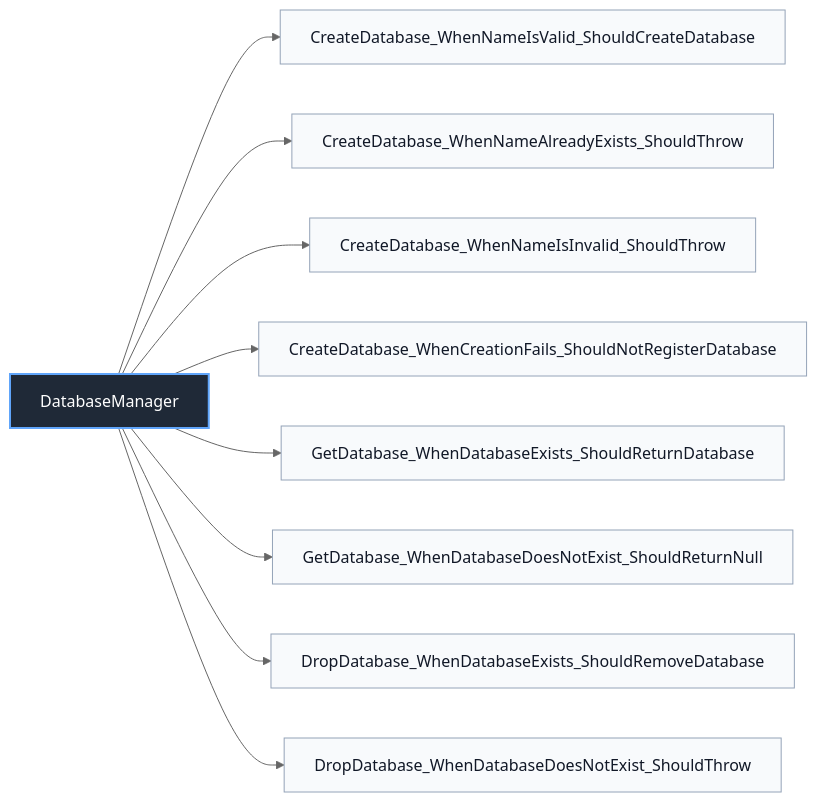
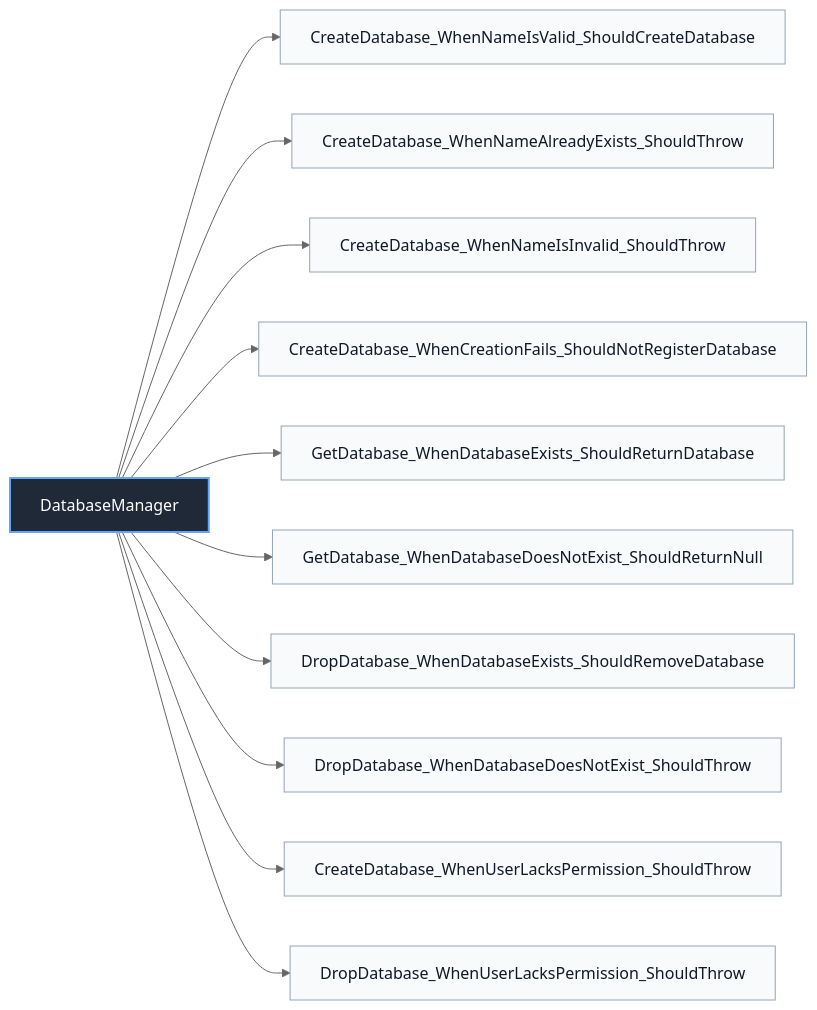
One commit to manaxpow/DBMS changed diagram 13 of 50 in README.md. Above: the diagram before and after it, drawn with Mermaid (neutral theme). The commit also changed other lines of this file and 1 other file, not shown here.

Commit message:
Add unit test implement plan

````diff
--- a/README.md
+++ b/README.md
@@ -631,18 +631,21 @@
 ```mermaid
 flowchart LR
     Database_Manager_DatabaseManager["DatabaseManager"]
 
     Database_Manager_DatabaseManager --> Database_Manager_DatabaseManager_T1["CreateDatabase_WhenNameIsValid_ShouldCreateDatabase"]
     Database_Manager_DatabaseManager --> Database_Manager_DatabaseManager_T2["CreateDatabase_WhenNameAlreadyExists_ShouldThrow"]
     Database_Manager_DatabaseManager --> Database_Manager_DatabaseManager_T3["CreateDatabase_WhenNameIsInvalid_ShouldThrow"]
     Database_Manager_DatabaseManager --> Database_Manager_DatabaseManager_T4["CreateDatabase_WhenCreationFails_ShouldNotRegisterDatabase"]
     Database_Manager_DatabaseManager --> Database_Manager_DatabaseManager_T5["GetDatabase_WhenDatabaseExists_ShouldReturnDatabase"]
     Database_Manager_DatabaseManager --> Database_Manager_DatabaseManager_T6["GetDatabase_WhenDatabaseDoesNotExist_ShouldReturnNull"]
     Database_Manager_DatabaseManager --> Database_Manager_DatabaseManager_T7["DropDatabase_WhenDatabaseExists_ShouldRemoveDatabase"]
     Database_Manager_DatabaseManager --> Database_Manager_DatabaseManager_T8["DropDatabase_WhenDatabaseDoesNotExist_ShouldThrow"]
 
+    Database_Manager_DatabaseManager --> Database_Manager_DatabaseManager_T9["CreateDatabase_WhenUserLacksPermission_ShouldThrow"]
+    Database_Manager_DatabaseManager --> Database_Manager_DatabaseManager_T10["DropDatabase_WhenUserLacksPermission_ShouldThrow"]
+
     classDef classNode fill:#1f2937,stroke:#60a5fa,color:#ffffff,stroke-width:2px
     classDef testNode fill:#f8fafc,stroke:#94a3b8,color:#111827
     class Database_Manager_DatabaseManager classNode
-    class Database_Manager_DatabaseManager_T1,Database_Manager_DatabaseManager_T2,Database_Manager_DatabaseManager_T3,Database_Manager_DatabaseManager_T4,Database_Manager_DatabaseManager_T5,Database_Manager_DatabaseManager_T6,Database_Manager_DatabaseManager_T7,Database_Manager_DatabaseManager_T8 testNode
+    class Database_Manager_DatabaseManager_T1,Database_Manager_DatabaseManager_T2,Database_Manager_DatabaseManager_T3,Database_Manager_DatabaseManager_T4,Database_Manager_DatabaseManager_T5,Database_Manager_DatabaseManager_T6,Database_Manager_DatabaseManager_T7,Database_Manager_DatabaseManager_T8,Database_Manager_DatabaseManager_T9,Database_Manager_DatabaseManager_T10 testNode
 ```
````
